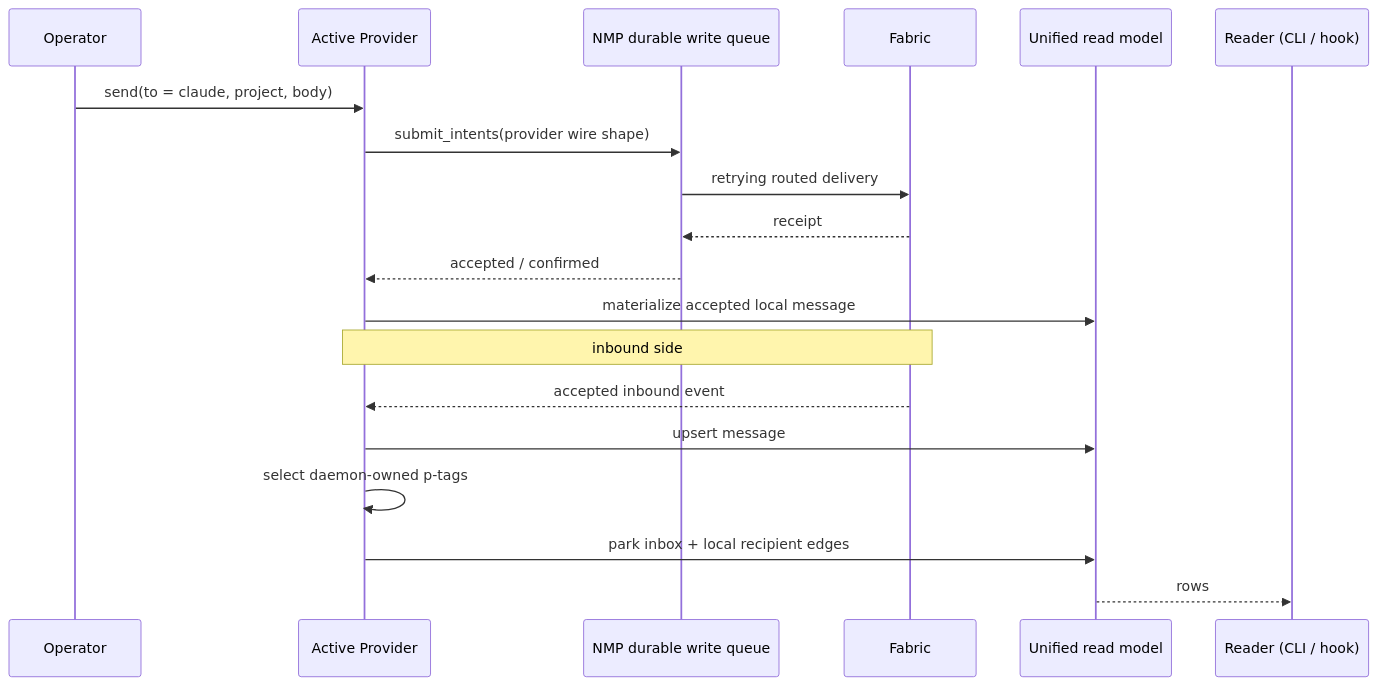
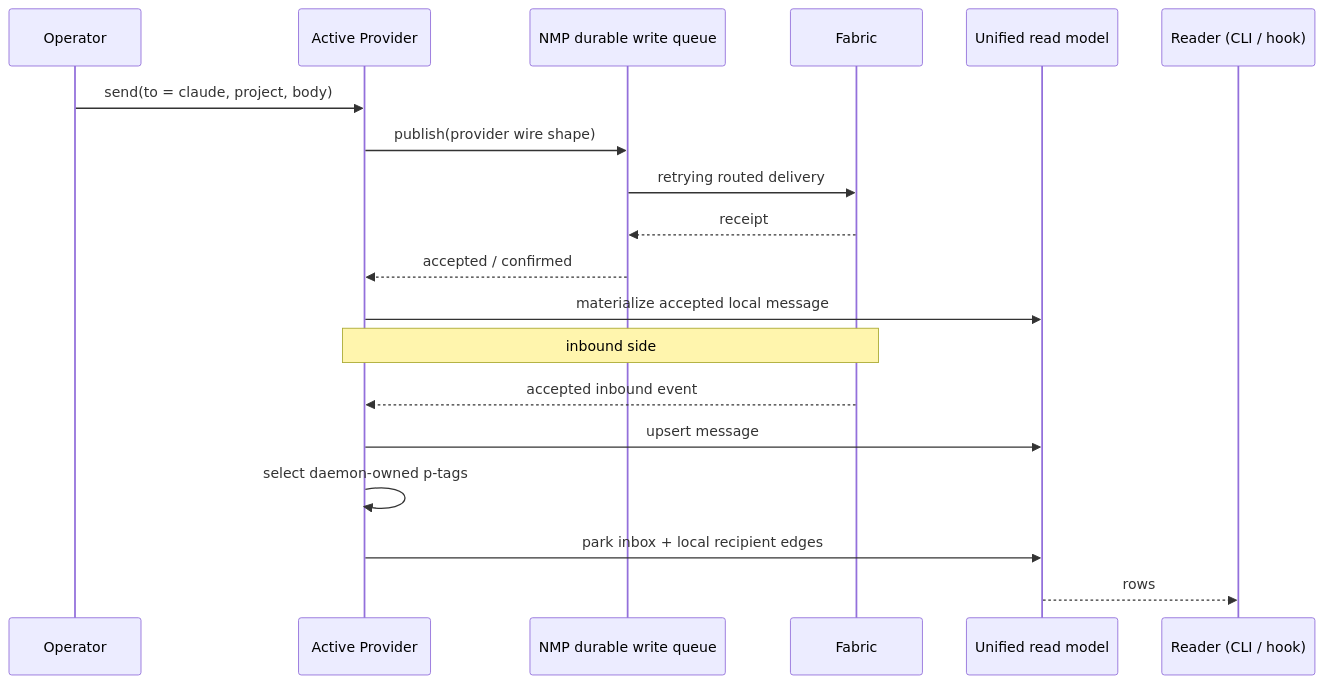
The sixth of 6 diagrams in docs/fabric-architecture.md (pablof7z/mosaico), drawn with Mermaid before and after one commit. The commit also changed other lines of this file and 36 other files, not shown here.

````diff
--- a/docs/fabric-architecture.md
+++ b/docs/fabric-architecture.md
@@ -354,24 +354,24 @@
 ```mermaid
 sequenceDiagram
     participant ME as Operator
     participant P as Active Provider
     participant NMP as NMP durable write queue
     participant FAB as Fabric
     participant STORE as Unified read model
     participant RD as Reader (CLI / hook)
 
     ME->>P: send(to = claude, project, body)
-    P->>NMP: submit_intents(provider wire shape)
+    P->>NMP: publish(provider wire shape)
     NMP->>FAB: retrying routed delivery
     FAB-->>NMP: receipt
     NMP-->>P: accepted / confirmed
     P->>STORE: materialize accepted local message
 
     Note over FAB,P: inbound side
     FAB-->>P: accepted inbound event
     P->>STORE: upsert message
     P->>P: select daemon-owned p-tags
     P->>STORE: park inbox + local recipient edges
 
     STORE-->>RD: rows
 ```
````
